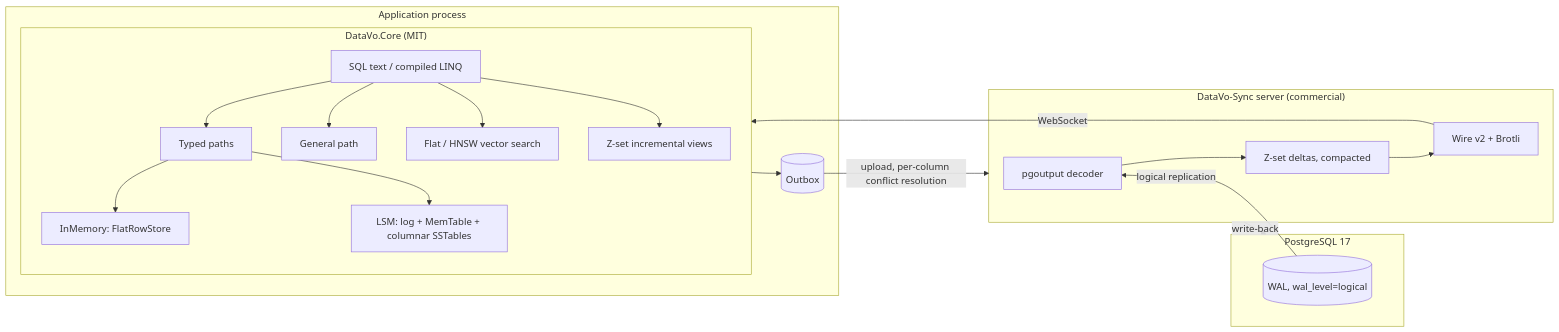
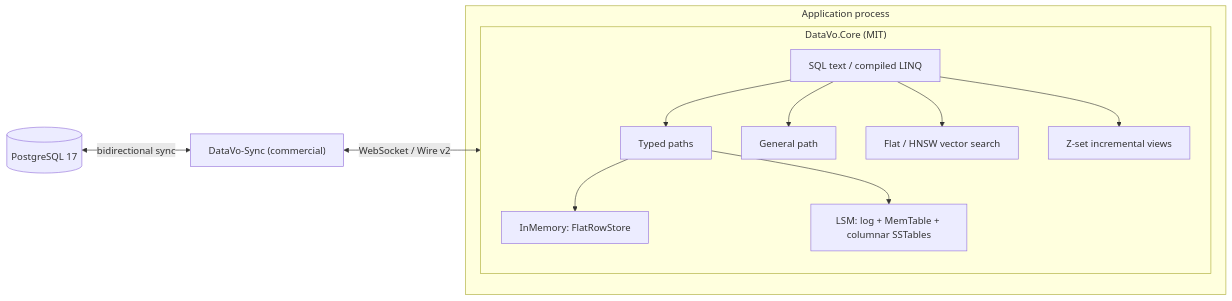
One commit to ArintonAkos/DataVo-DBMS changed the diagram in docs/blog/part-1-where-it-wins-and-where-it-loses.md. Above: the diagram before and after it, drawn with Mermaid. The commit also changed other lines of this file and 2 other files, not shown here.

Commit message:
docs(blog): add complete M4 Pro metrics, explain SQLite shared-cache contention, and simplify sync boundary

````diff
--- a/docs/blog/part-1-where-it-wins-and-where-it-loses.md
+++ b/docs/blog/part-1-where-it-wins-and-where-it-loses.md
@@ -47,29 +47,16 @@
 ```mermaid
 flowchart LR
-  subgraph PG["PostgreSQL 17"]
-    WAL[("WAL, wal_level=logical")]
-  end
+  PG[("PostgreSQL 17")] <-->|"bidirectional sync"| SYNC["DataVo-Sync (commercial)"]
+  SYNC <-->|"WebSocket / Wire v2"| CORE
 
-  subgraph Hub["DataVo-Sync server (commercial)"]
-    DEC["pgoutput decoder"] --> ZS["Z-set deltas, compacted"]
-    ZS --> WIRE["Wire v2 + Brotli"]
-  end
-
-  subgraph App["Application process"]
-    subgraph Core["DataVo.Core (MIT)"]
+  subgraph APP["Application process"]
+    subgraph CORE["DataVo.Core (MIT)"]
       SQL["SQL text / compiled LINQ"] --> TYPED["Typed paths"]
       SQL --> GEN["General path"]
       TYPED --> MEM["InMemory: FlatRowStore"]
       TYPED --> LSM["LSM: log + MemTable + columnar SSTables"]
       SQL --> VEC["Flat / HNSW vector search"]
       SQL --> IVM["Z-set incremental views"]
     end
-    OUTBOX[("Outbox")]
   end
-
-  WAL -->|logical replication| DEC
-  WIRE -->|WebSocket| Core
-  Core --> OUTBOX
-  OUTBOX -->|"upload, per-column conflict resolution"| Hub
-  Hub -->|write-back| PG
 ```
````
